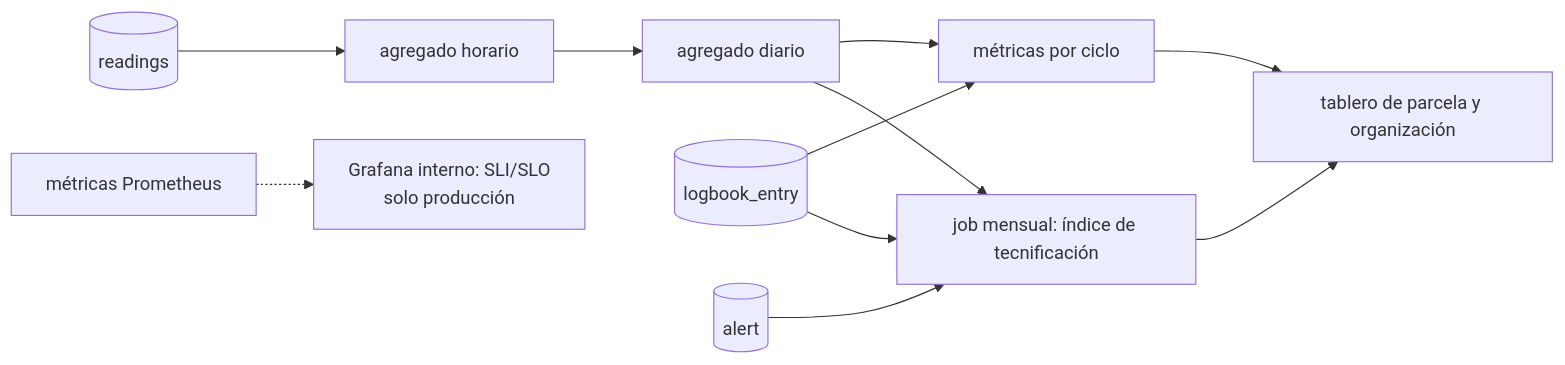
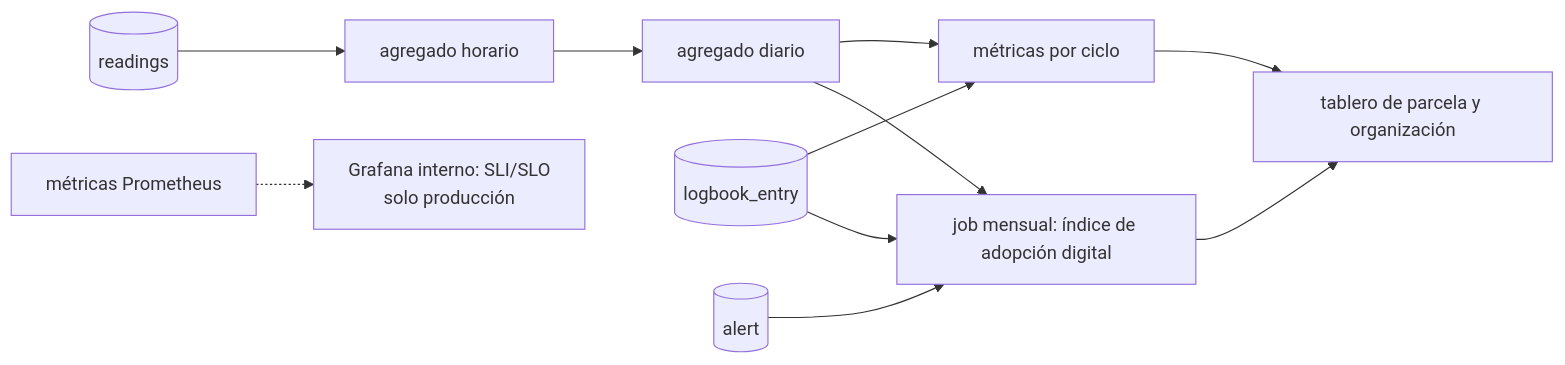
Before and after one commit to jab16jy/techcamp-v2: the diagram in docs/11-metricas.md, drawn with Mermaid. The commit also changed other lines of this file and 10 other files, not shown here.

````diff
--- a/docs/11-metricas.md
+++ b/docs/11-metricas.md
@@ -103,12 +105,12 @@
 ```mermaid
 flowchart LR
   R[(readings)] --> H[agregado horario] --> D[agregado diario]
   L[(logbook_entry)] --> C[métricas por ciclo]
   D --> C
-  A[(alert)] --> M[job mensual: índice de tecnificación]
+  A[(alert)] --> M[job mensual: índice de adopción digital]
   D --> M
   L --> M
   C --> T[tablero de parcela y organización]
   M --> T
   S[métricas Prometheus] -.-> G[Grafana interno: SLI/SLO<br/>solo producción]
 ```
````
